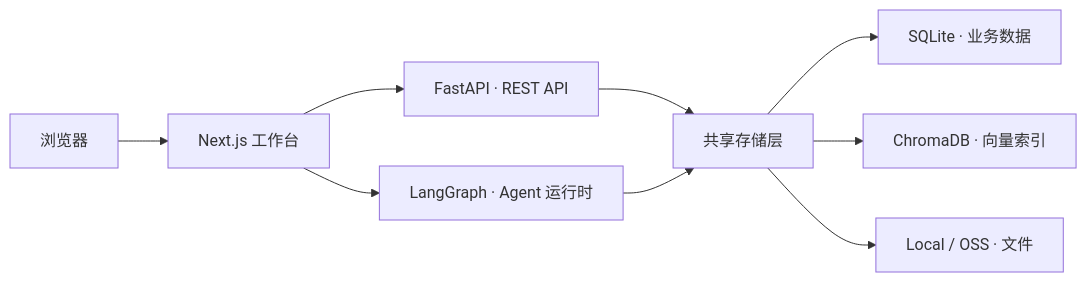
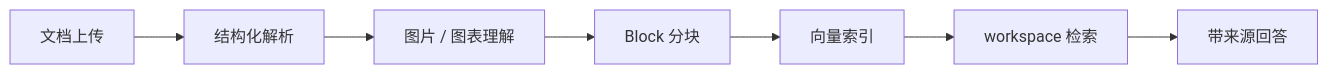
The second of 4 diagrams in README.md (huiru-wang/rumi-ai), drawn with Mermaid before and after one commit. The commit also changed other lines of this file, not shown here.

````diff
--- a/README.md
+++ b/README.md
@@ -151,11 +90,9 @@
 ```mermaid
 flowchart LR
-    U["浏览器"] --> F["Next.js 工作台"]
-    F --> A["FastAPI · REST API"]
-    F --> G["LangGraph · Agent 运行时"]
-    A --> S["共享存储层"]
-    G --> S
-    S --> D["SQLite · 业务数据"]
-    S --> C["ChromaDB · 向量索引"]
-    S --> O["Local / OSS · 文件"]
+    Upload["文档上传"] --> Parse["结构化解析"]
+    Parse --> Enrich["图片 / 图表理解"]
+    Enrich --> Chunk["Block 分块"]
+    Chunk --> Index["向量索引"]
+    Index --> Retrieve["workspace 检索"]
+    Retrieve --> Answer["带来源回答"]
 ```
````
